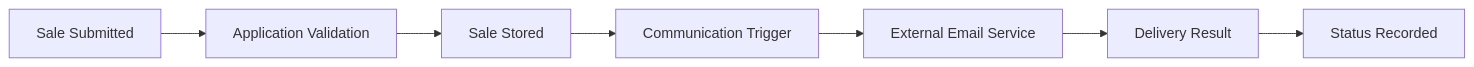
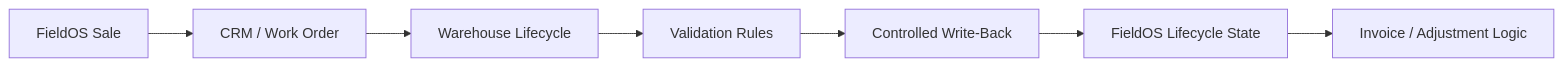
The third of 3 diagrams in docs/architecture.md (kaseypelchy-ops/fieldos-project-showcase), drawn with Mermaid before and after one commit. The commit also changed other lines of this file, not shown here.

First line of the commit message:
Revise architecture document for clarity and detail

````diff
--- a/docs/architecture.md
+++ b/docs/architecture.md
@@ -581,9 +533,9 @@
 ```mermaid
 flowchart LR
-    A[Sale Submitted] --> B[Application Validation]
-    B --> C[Sale Stored]
-    C --> D[Communication Trigger]
-    D --> E[External Email Service]
-    E --> F[Delivery Result]
-    F --> G[Status Recorded]
+    SALE[FieldOS Sale] --> CRM[CRM / Work Order]
+    CRM --> WH[Warehouse Lifecycle]
+    WH --> RULES[Validation Rules]
+    RULES --> WRITE[Controlled Write-Back]
+    WRITE --> STATE[FieldOS Lifecycle State]
+    STATE --> FIN[Invoice / Adjustment Logic]
 ```
````
